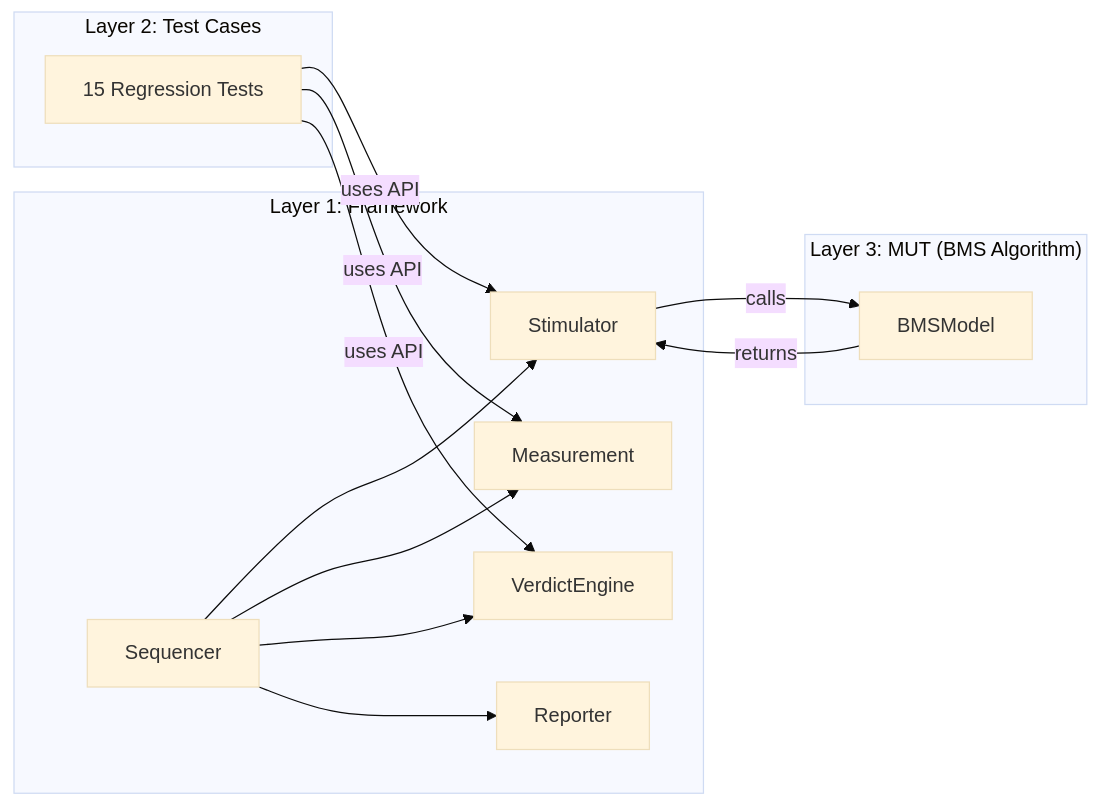
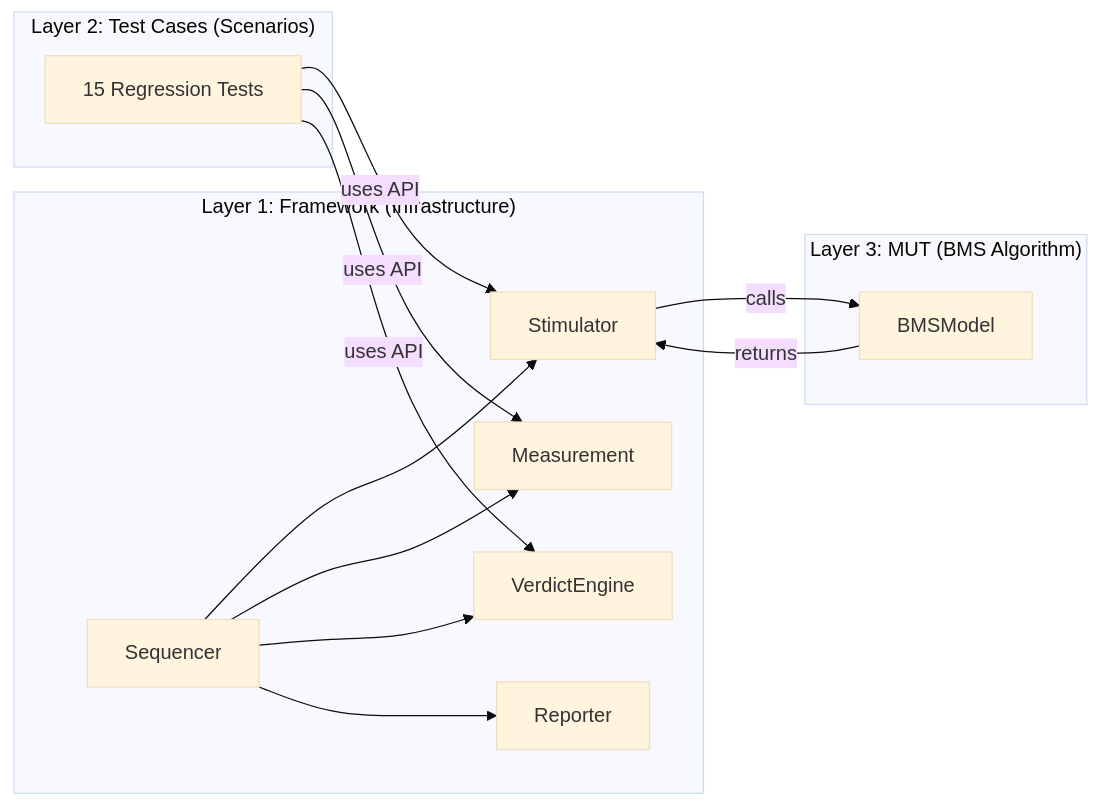
The diagram in README.md (hjazouli/PyMIL-BMS-Framework), drawn with Mermaid (base theme) before and after one commit. The commit also changed other lines of this file, not shown here.

````diff
--- a/README.md
+++ b/README.md
@@ -23,23 +23,23 @@
 ```mermaid
 graph LR
-    subgraph "Layer 1: Framework"
+    subgraph "Layer 1: Framework (Infrastructure)"
         SEQ[Sequencer] --> STIM[Stimulator]
         SEQ --> MEAS[Measurement]
         SEQ --> VERD[VerdictEngine]
         SEQ --> REP[Reporter]
     end
 
-    subgraph "Layer 2: Test Cases"
+    subgraph "Layer 2: Test Cases (Scenarios)"
         TC[15 Regression Tests]
     end
 
     subgraph "Layer 3: MUT (BMS Algorithm)"
         MUT[BMSModel]
     end
 
     TC -- uses API --> STIM
     TC -- uses API --> MEAS
     TC -- uses API --> VERD
     STIM -- calls --> MUT
     MUT -- returns --> STIM
 ```
````
